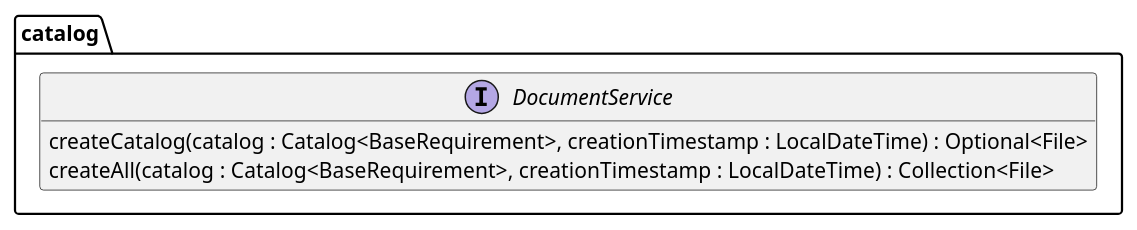
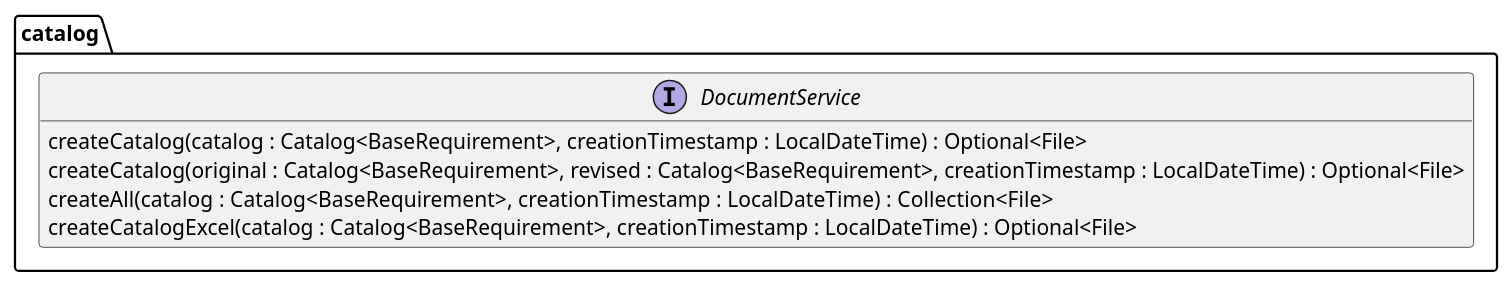
The diagram in src/site/arc42/plantuml/core/catalog/TenantInterfaces.plantuml (tailoringexpert/platform), drawn with PlantUML before and after one commit. The commit also changed 31 other files, not shown here.

```diff
--- a/src/site/arc42/plantuml/core/catalog/TenantInterfaces.plantuml
+++ b/src/site/arc42/plantuml/core/catalog/TenantInterfaces.plantuml
@@ -1,17 +1,19 @@
 @startuml TenantInterfaces.png
 hide empty members
 
 skinparam componentStyle uml2
 'skinparam component {
 '  BorderColor #grey
 '  BackgroundColor #white
 '}
 
 package catalog {
     interface DocumentService {
         createCatalog(catalog : Catalog<BaseRequirement>, creationTimestamp : LocalDateTime) : Optional<File>
+        createCatalog(original : Catalog<BaseRequirement>, revised : Catalog<BaseRequirement>, creationTimestamp : LocalDateTime) : Optional<File>
         createAll(catalog : Catalog<BaseRequirement>,  creationTimestamp : LocalDateTime) : Collection<File>
+        createCatalogExcel(catalog : Catalog<BaseRequirement>, creationTimestamp : LocalDateTime) : Optional<File>
     }
 }
 
 @enduml
```
